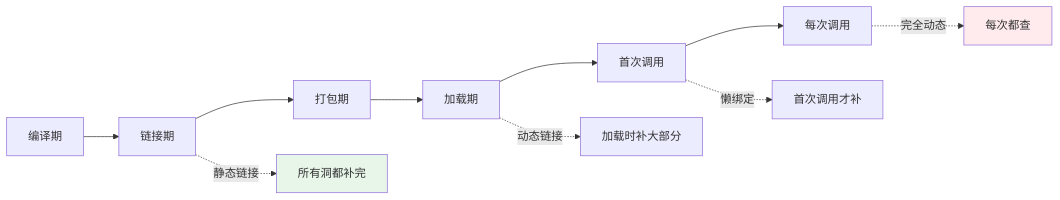
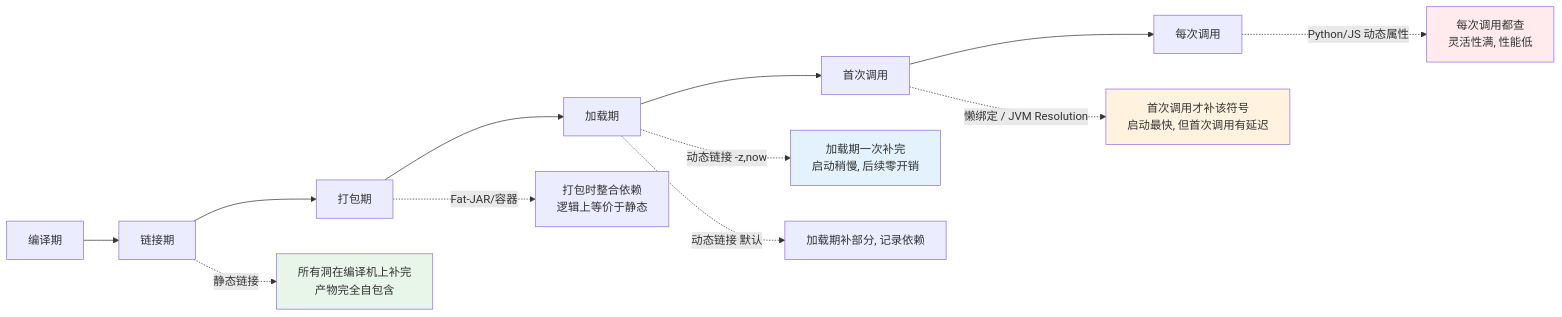
Before and after one commit to chongyang211/YCBookBlog: the third of 5 diagrams in packages/website/07.内功/07.编译与链接/03.静态链接与动态链接.md, drawn with Mermaid. The commit also changed other lines of this file and 3 other files, not shown here.

````diff
--- a/packages/website/07.内功/07.编译与链接/03.静态链接与动态链接.md
+++ b/packages/website/07.内功/07.编译与链接/03.静态链接与动态链接.md
@@ -85,16 +308,20 @@
 ```mermaid
 flowchart LR
     T1[编译期] --> T2[链接期]
     T2 --> T3[打包期]
     T3 --> T4[加载期]
     T4 --> T5[首次调用]
     T5 --> T6[每次调用]
 
-    T2 -.静态链接.-> S[所有洞都补完]
-    T4 -.动态链接.-> D[加载时补大部分]
-    T5 -.懒绑定.-> L[首次调用才补]
-    T6 -.完全动态.-> DYN[每次都查]
+    T2 -.静态链接.-> S[所有洞在编译机上补完<br/>产物完全自包含]
+    T3 -.Fat-JAR/容器.-> P[打包时整合依赖<br/>逻辑上等价于静态]
+    T4 -.动态链接 -z,now.-> D1[加载期一次补完<br/>启动稍慢, 后续零开销]
+    T4 -.动态链接 默认.-> D2[加载期补部分, 记录依赖]
+    T5 -.懒绑定 / JVM Resolution.-> L[首次调用才补该符号<br/>启动最快, 但首次调用有延迟]
+    T6 -.Python/JS 动态属性.-> DYN[每次调用都查<br/>灵活性满, 性能低]
 
     style S fill:#e8f5e9
+    style D1 fill:#e3f2fd
+    style L fill:#fff3e0
     style DYN fill:#ffebee
 ```
````
